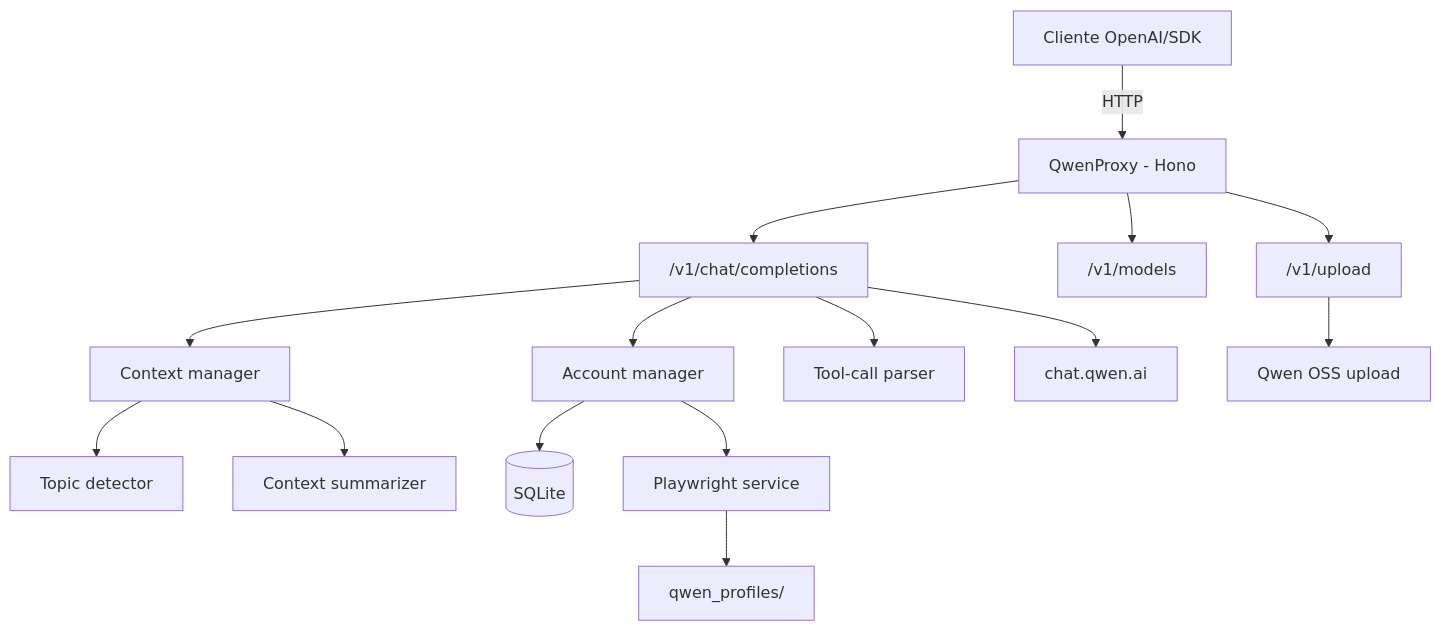
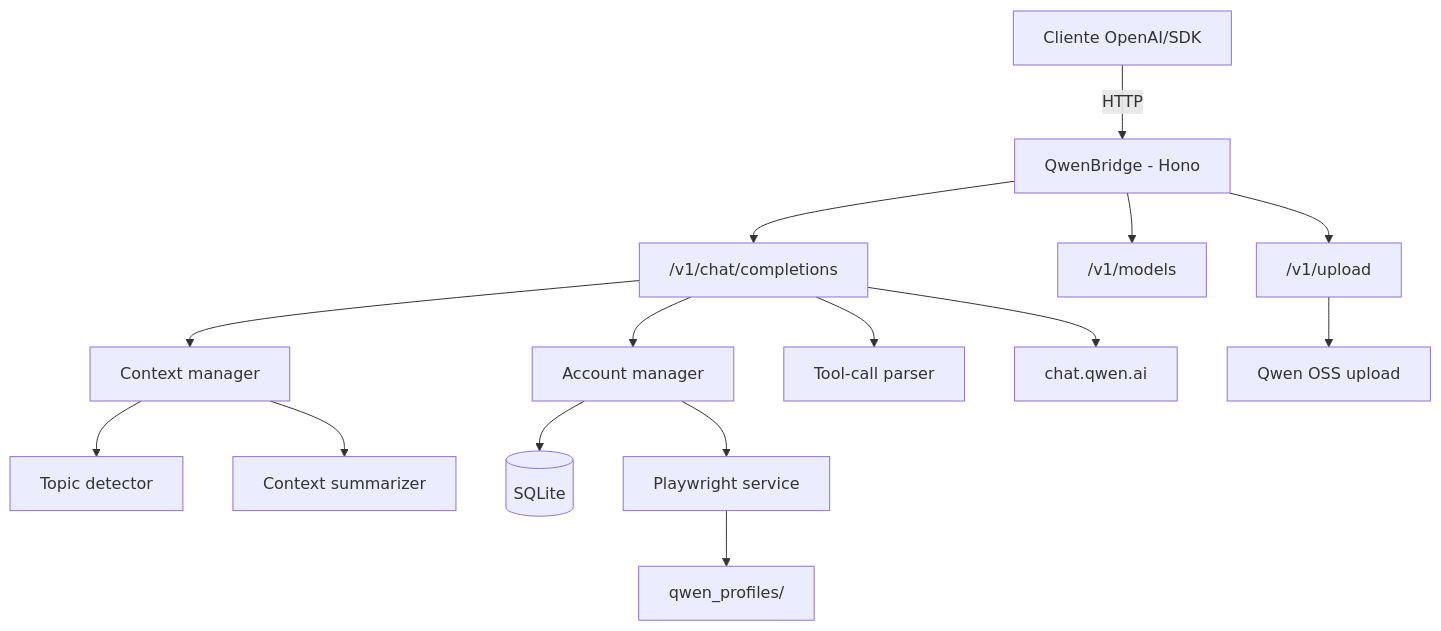
One commit to johngbl/qwenproxy changed the diagram in README.md. Above: the diagram before and after it, drawn with Mermaid. The commit also changed other lines of this file and 16 other files, not shown here.

First line of the commit message:
Rename project to QwenBridge

````diff
--- a/README.md
+++ b/README.md
@@ -32,17 +32,17 @@
 ```mermaid
 flowchart TD
-    Client["Cliente OpenAI/SDK"] -->|HTTP| Proxy["QwenProxy - Hono"]
+    Client["Cliente OpenAI/SDK"] -->|HTTP| Proxy["QwenBridge - Hono"]
     Proxy --> Chat["/v1/chat/completions"]
     Proxy --> Models["/v1/models"]
     Proxy --> Upload["/v1/upload"]
     Chat --> Context["Context manager"]
     Context --> Topic["Topic detector"]
     Context --> Summary["Context summarizer"]
     Chat --> Accounts["Account manager"]
     Accounts --> DB[("SQLite")]
     Accounts --> PW["Playwright service"]
     PW --> Profiles["qwen_profiles/"]
     Chat --> Parser["Tool-call parser"]
     Chat --> Qwen["chat.qwen.ai"]
     Upload --> OSS["Qwen OSS upload"]
 ```
````
